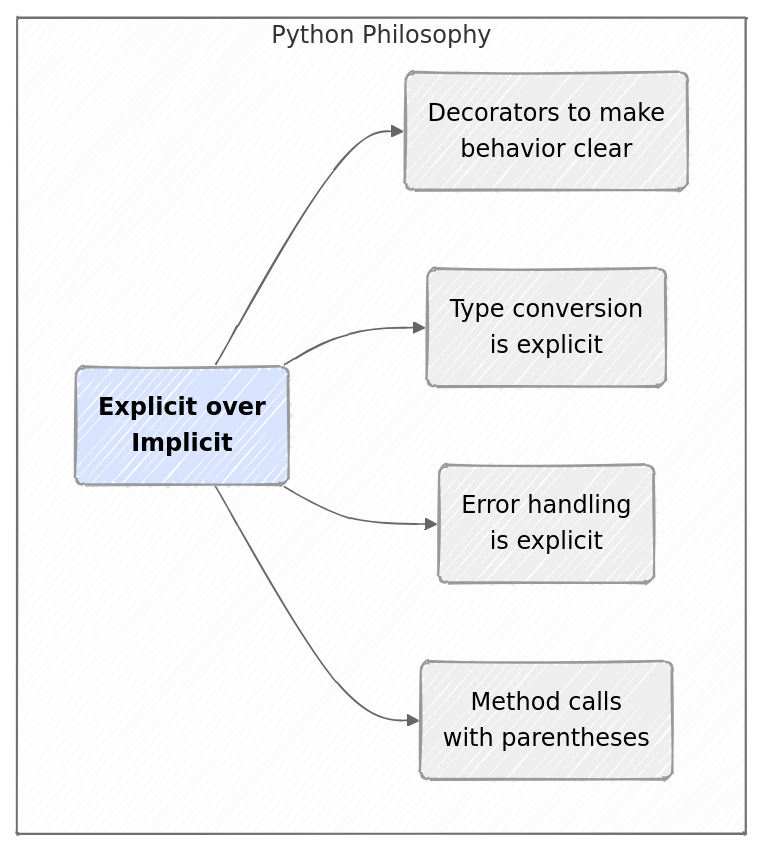
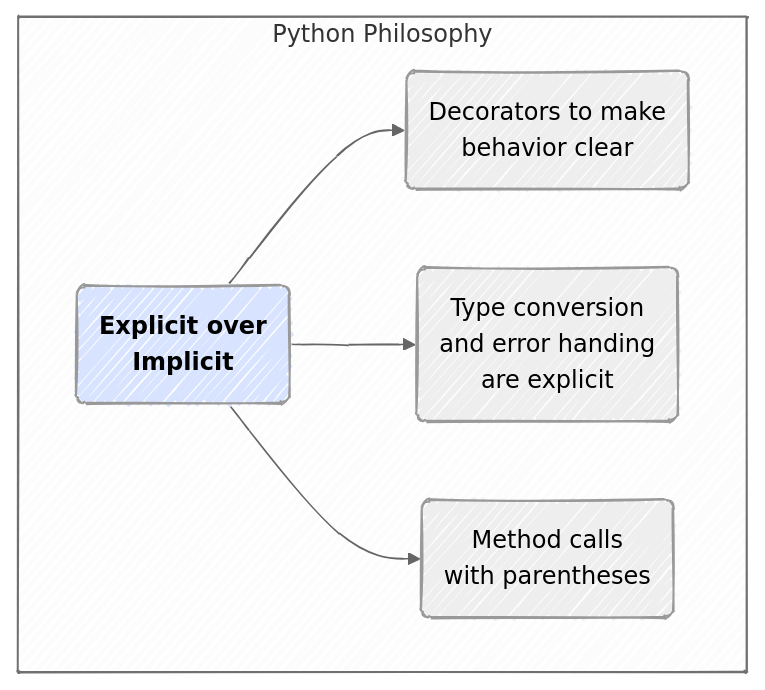
One commit to mjfrigaard/do4ds-labs changed the sixth of 7 diagrams in py-app-api.qmd. Above: the diagram before and after it, drawn with Mermaid. The commit also changed other lines of this file and 150 other files, not shown here.

````diff
--- a/py-app-api.qmd
+++ b/py-app-api.qmd
@@ -846,14 +846,13 @@
 ```{mermaid}
 %%{init: {'theme': 'neutral', 'look': 'handDrawn', 'themeVariables': { 'fontFamily': 'monospace'}}}%%
 
 graph TB
     subgraph Py["Python Philosophy"]
         A("<strong>Explicit over<br>Implicit</strong>") --> A1("Decorators to make<br>behavior clear")
-        A --> A2("Type conversion<br>is explicit")
-        A --> A3("Error handling<br>is explicit")
+        A --> A2("Type conversion<br>and error handing<br>are explicit")
         A --> A4("Method calls<br>with parentheses")
     end
     
     style A fill:#d8e4ff,color:#000,font-size:16px
     
 ```
````
